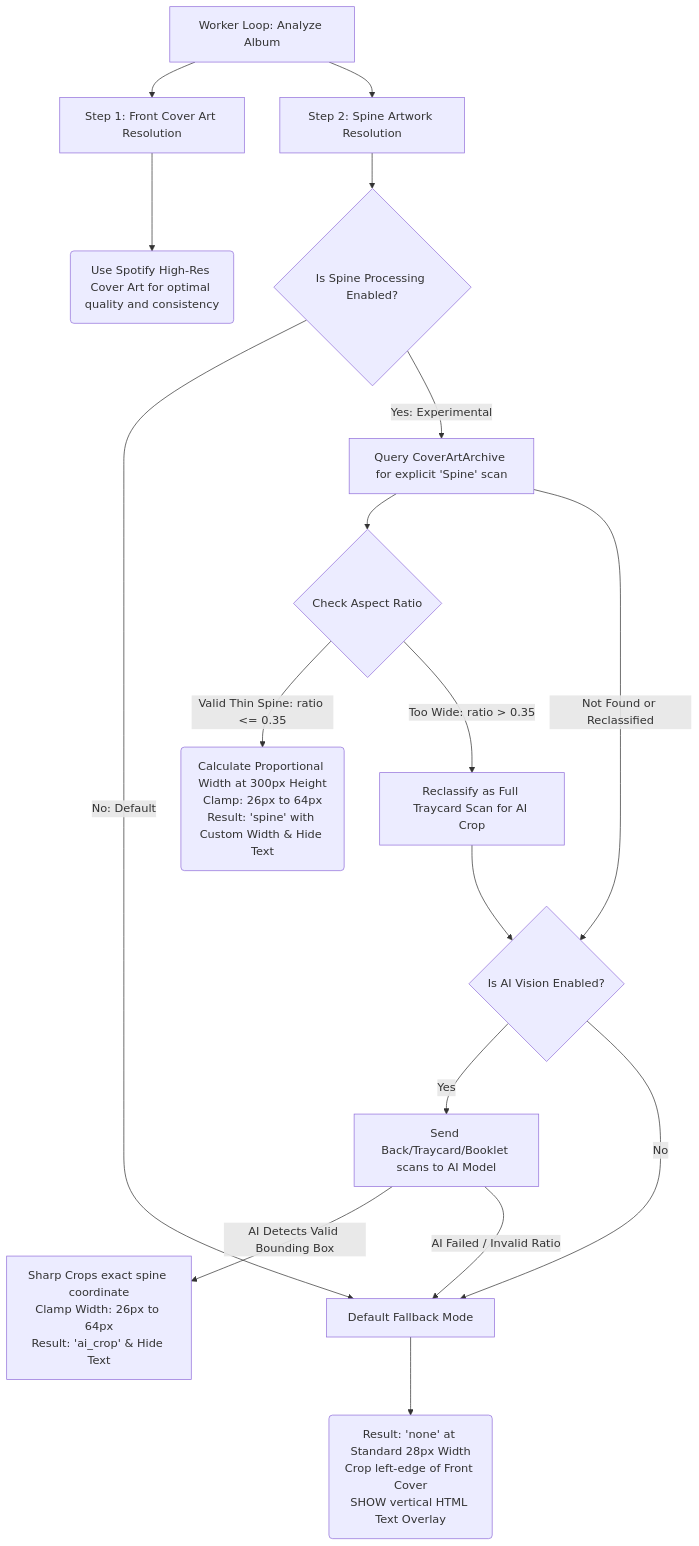
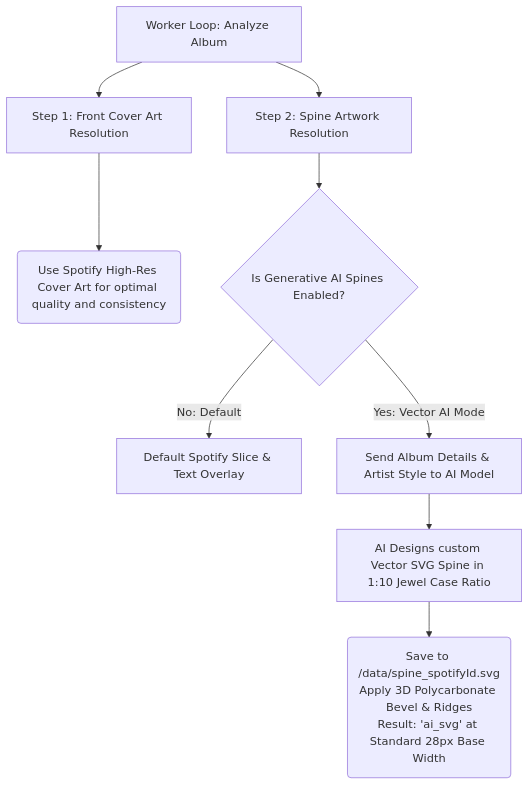
One commit to Adman1020/CD-Music-Display changed the diagram in README.md. Above: the diagram before and after it, drawn with Mermaid. The commit also changed other lines of this file and 6 other files, not shown here.

Commit message:
feat: implement generative vector SVG spines, life-size shelf scaling, and 3D acrylic jewel case polish

````diff
--- a/README.md
+++ b/README.md
@@ -65,25 +65,15 @@
 ```mermaid
 graph TD
     A[Worker Loop: Analyze Album] --> B[Step 1: Front Cover Art Resolution]
     A --> C[Step 2: Spine Artwork Resolution]
     
     %% Front Cover Workflow
     B --> B1(Use Spotify High-Res Cover Art for optimal quality and consistency)
     
     %% Spine Workflow
-    C --> C0{Is Spine Processing Enabled?}
-    C0 -->|No: Default| C8[Default Fallback Mode]
-    C0 -->|Yes: Experimental| C1[Query CoverArtArchive for explicit 'Spine' scan]
-    C1 --> C2{Check Aspect Ratio}
-    C2 -->|Valid Thin Spine: ratio <= 0.35| C3(Calculate Proportional Width at 300px Height<br/>Clamp: 26px to 64px<br/>Result: 'spine' with Custom Width & Hide Text)
-    C2 -->|Too Wide: ratio > 0.35| C4[Reclassify as Full Traycard Scan for AI Crop]
-    
-    C1 -->|Not Found or Reclassified| C5{Is AI Vision Enabled?}
-    C4 --> C5
-    C5 -->|Yes| C6[Send Back/Traycard/Booklet scans to AI Model]
-    C6 -->|AI Detects Valid Bounding Box| C7[Sharp Crops exact spine coordinate<br/>Clamp Width: 26px to 64px<br/>Result: 'ai_crop' & Hide Text]
-    
-    C6 -->|AI Failed / Invalid Ratio| C8
-    C5 -->|No| C8
-    C8 --> C9(Result: 'none' at Standard 28px Width<br/>Crop left-edge of Front Cover<br/>SHOW vertical HTML Text Overlay)
+    C --> C0{Is Generative AI Spines Enabled?}
+    C0 -->|No: Default| C8[Default Spotify Slice & Text Overlay]
+    C0 -->|Yes: Vector AI Mode| C1[Send Album Details & Artist Style to AI Model]
+    C1 --> C2[AI Designs custom Vector SVG Spine in 1:10 Jewel Case Ratio]
+    C2 --> C3(Save to /data/spine_spotifyId.svg<br/>Apply 3D Polycarbonate Bevel & Ridges<br/>Result: 'ai_svg' at Standard 28px Base Width)
 ```
````
